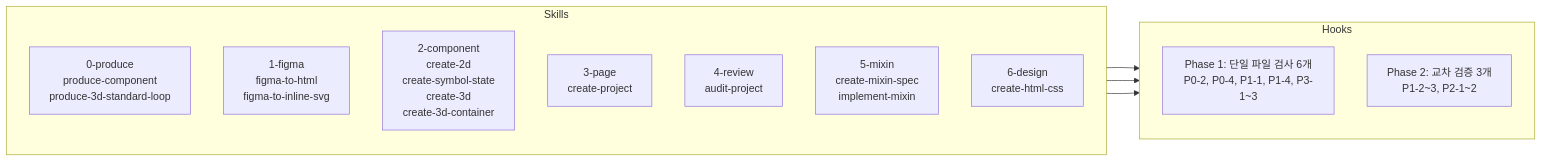
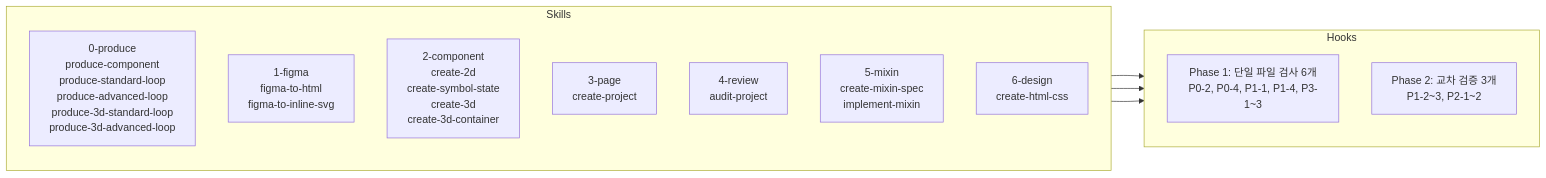
One commit to dysong-lab/WEB_BUILDER_TOOLKIT changed the second of 2 diagrams in CLAUDE.md. Above: the diagram before and after it, drawn with Mermaid. The commit also changed other lines of this file and 6 other files, not shown here.

````diff
--- a/CLAUDE.md
+++ b/CLAUDE.md
@@ -29,23 +29,23 @@
 ```mermaid
 flowchart LR
     subgraph Skills
         direction TB
-        S0[0-produce<br/>produce-component<br/>produce-3d-standard-loop]
+        S0[0-produce<br/>produce-component<br/>produce-standard-loop<br/>produce-advanced-loop<br/>produce-3d-standard-loop<br/>produce-3d-advanced-loop]
         S1[1-figma<br/>figma-to-html<br/>figma-to-inline-svg]
         S2[2-component<br/>create-2d<br/>create-symbol-state<br/>create-3d<br/>create-3d-container]
         S3[3-page<br/>create-project]
         S4[4-review<br/>audit-project]
         S5[5-mixin<br/>create-mixin-spec<br/>implement-mixin]
         S6[6-design<br/>create-html-css]
     end
 
     subgraph Hooks
         direction TB
         H1[Phase 1: 단일 파일 검사 6개<br/>P0-2, P0-4, P1-1, P1-4, P3-1~3]
         H2[Phase 2: 교차 검증 3개<br/>P1-2~3, P2-1~2]
     end
 
     S2 --> H1
     S2 --> H2
     S3 --> H2
 ```
````
